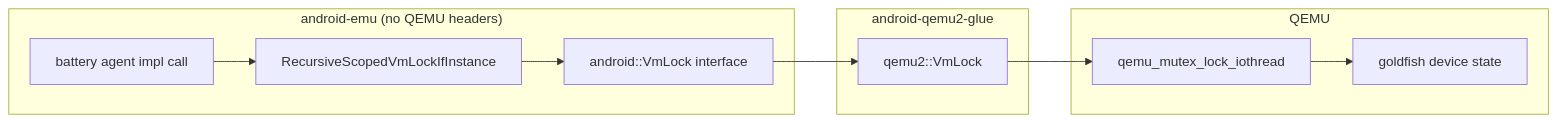
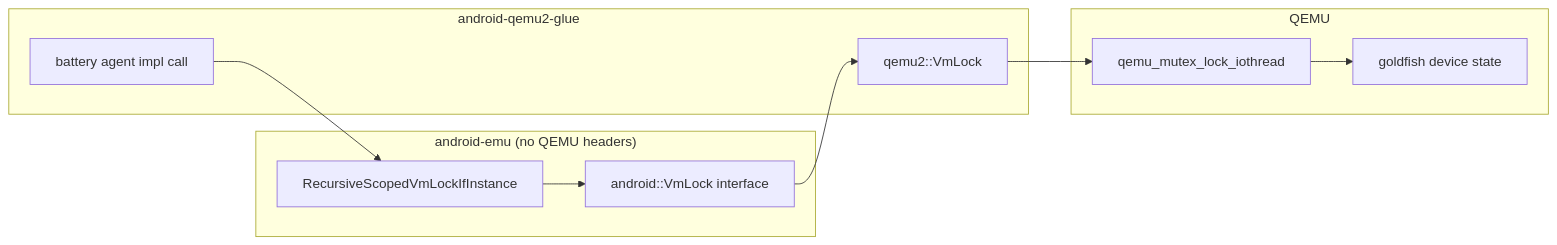
One commit to aospbooks/android-emulator-internal-book changed the third of 6 diagrams in 07-android-emu-architecture.md. Above: the diagram before and after it, drawn with Mermaid. The commit also changed other lines of this file and 21 other files, not shown here.

First line of the commit message:
Review pass: verify accuracy, fix mermaid parse error, converge chapters

````diff
--- a/07-android-emu-architecture.md
+++ b/07-android-emu-architecture.md
@@ -184,21 +184,21 @@
 ```mermaid
 flowchart LR
     subgraph CORE["android-emu (no QEMU headers)"]
-        AGENT["battery agent impl call"]
         SC["RecursiveScopedVmLockIfInstance"]
         IF["android::VmLock interface"]
     end
     subgraph GLUE["android-qemu2-glue"]
+        AGENT["battery agent impl call"]
         IMPL["qemu2::VmLock"]
     end
     subgraph QEMUSIDE["QEMU"]
         IO["qemu_mutex_lock_iothread"]
         DEV["goldfish device state"]
     end
 
     AGENT --> SC
     SC --> IF
     IF --> IMPL
     IMPL --> IO
     IO --> DEV
 ```
````
